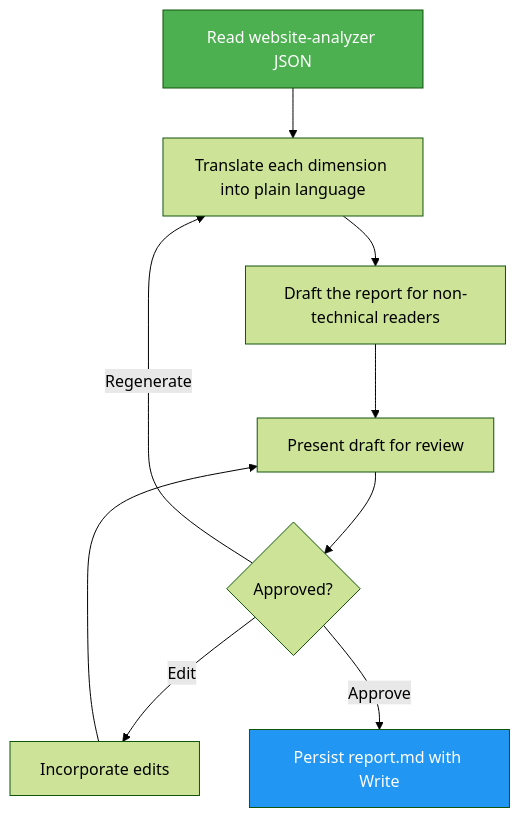
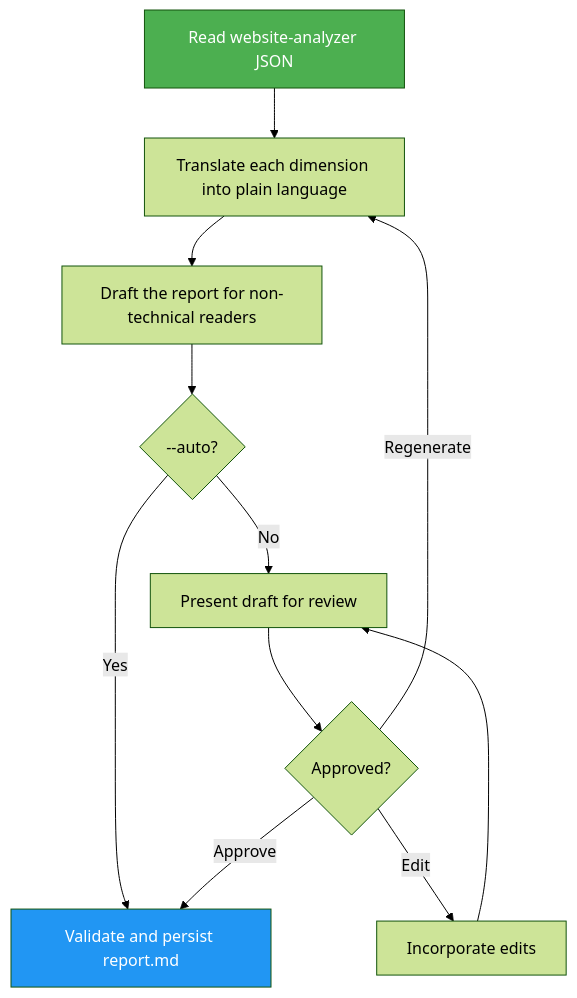
One commit to luongnv89/bettersite changed the diagram in .agents/skills/website-cloner/website-clone-report/docs/README.md. Above: the diagram before and after it, drawn with Mermaid (forest theme). The commit also changed other lines of this file and 15 other files, not shown here.

````diff
--- a/.agents/skills/website-cloner/website-clone-report/docs/README.md
+++ b/.agents/skills/website-cloner/website-clone-report/docs/README.md
@@ -29,13 +29,15 @@
 ```mermaid
 graph TD
     A["Read website-analyzer JSON"] --> B["Translate each dimension into plain language"]
     B --> C["Draft the report for non-technical readers"]
-    C --> D["Present draft for review"]
+    C --> M{"--auto?"}
+    M -->|Yes| G["Validate and persist report.md"]
+    M -->|No| D["Present draft for review"]
     D --> E{"Approved?"}
     E -->|Edit| F["Incorporate edits"]
     F --> D
     E -->|Regenerate| B
-    E -->|Approve| G["Persist report.md with Write"]
+    E -->|Approve| G
     style A fill:#4CAF50,color:#fff
     style G fill:#2196F3,color:#fff
 ```
````
